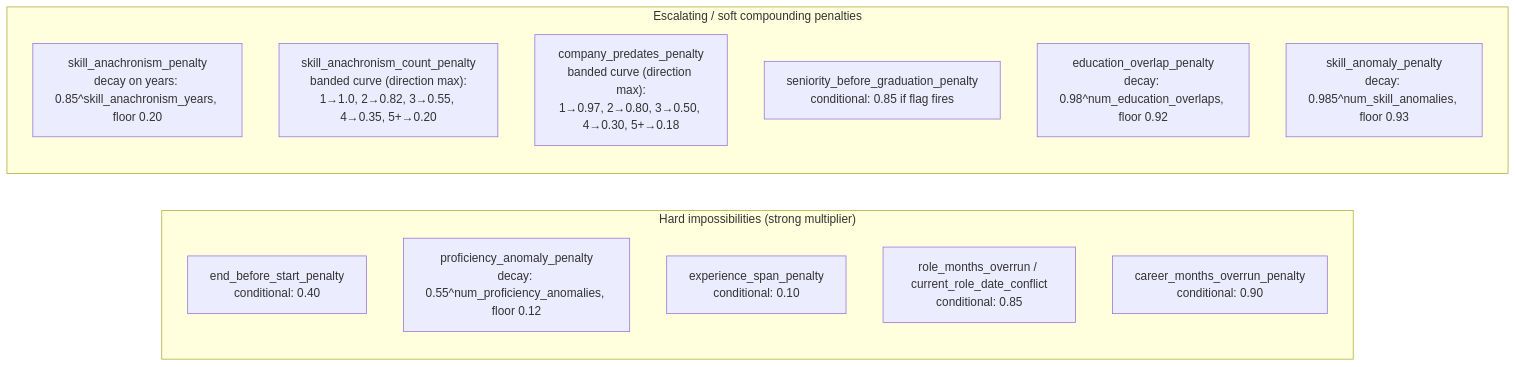
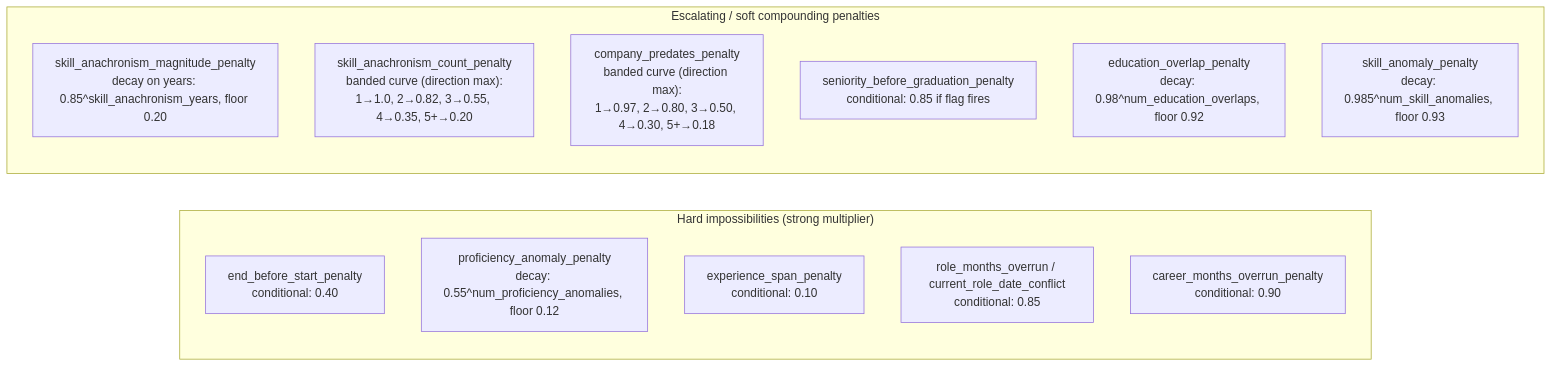
One commit to ankitkr-04/candidate-ranker-v2 changed the second of 2 diagrams in docs/integrity.md. Above: the diagram before and after it, drawn with Mermaid. The commit also changed other lines of this file and 4 other files, not shown here.

Commit message:
Rename skill_anachronism_penalty to skill_anachronism_magnitude_penalty in integrity files and documentation

````diff
--- a/docs/integrity.md
+++ b/docs/integrity.md
@@ -212,19 +212,19 @@
 ```mermaid
 graph LR
     subgraph "Hard impossibilities (strong multiplier)"
         H1["end_before_start_penalty\nconditional: 0.40"]
         H2["proficiency_anomaly_penalty\ndecay: 0.55^num_proficiency_anomalies, floor 0.12"]
         H3["experience_span_penalty\nconditional: 0.10"]
         H4["role_months_overrun / current_role_date_conflict\nconditional: 0.85"]
         H5["career_months_overrun_penalty\nconditional: 0.90"]
     end
 
     subgraph "Escalating / soft compounding penalties"
-        P1a["skill_anachronism_penalty\ndecay on years: 0.85^skill_anachronism_years, floor 0.20"]
+        P1a["skill_anachronism_magnitude_penalty\ndecay on years: 0.85^skill_anachronism_years, floor 0.20"]
         P1b["skill_anachronism_count_penalty\nbanded curve (direction max):\n1→1.0, 2→0.82, 3→0.55, 4→0.35, 5+→0.20"]
         P2["company_predates_penalty\nbanded curve (direction max):\n1→0.97, 2→0.80, 3→0.50, 4→0.30, 5+→0.18"]
         P3["seniority_before_graduation_penalty\nconditional: 0.85 if flag fires"]
         P4["education_overlap_penalty\ndecay: 0.98^num_education_overlaps, floor 0.92"]
         P5["skill_anomaly_penalty\ndecay: 0.985^num_skill_anomalies, floor 0.93"]
     end
 ```
````
